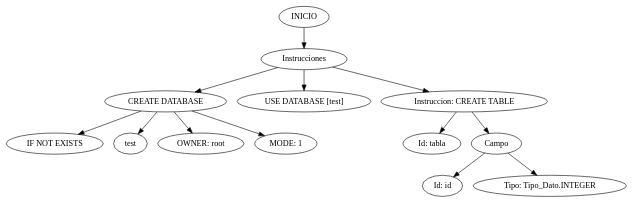
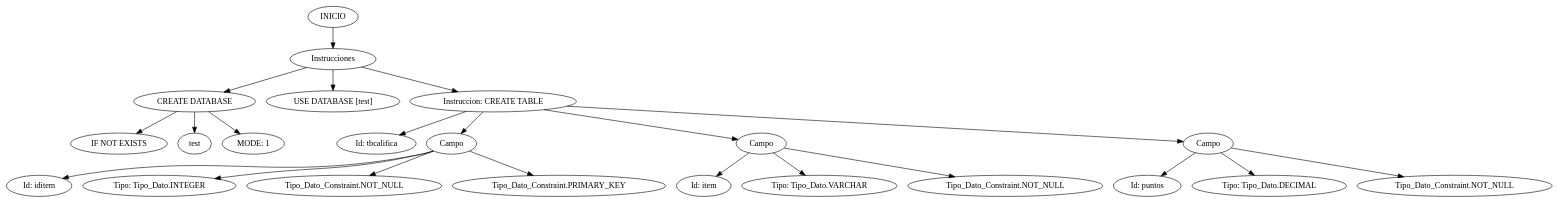
One commit to tytusdb/tytusdb changed the diagram in parser/fase2/team22/AST.dot. Above: the diagram before and after it, drawn with Graphviz. The commit also changed 4 other files, not shown here.

```diff
--- a/parser/fase2/team22/AST.dot
+++ b/parser/fase2/team22/AST.dot
@@ -1,28 +1,46 @@
 digraph G{
 edge [color=black]; rankdir = TB;
 Nodo0[label="INICIO"]
 Nodo1[label="Instrucciones"]
 Nodo0 -> Nodo1;
 Nodo2[label="CREATE DATABASE"]
 Nodo1 -> Nodo2;
 Nodo3[label="IF NOT EXISTS"]
 Nodo2 -> Nodo3;
 Nodo4[label="test"]
 Nodo2 -> Nodo4;
-Nodo5[label="OWNER: root"]
+Nodo5[label="MODE: 1"]
 Nodo2 -> Nodo5;
-Nodo6[label="MODE: 1"]
-Nodo2 -> Nodo6;
-Nodo12[label="USE DATABASE [test]"]
-Nodo1 -> Nodo12;
-Nodo13[label="Instruccion: CREATE TABLE"]
-Nodo1 -> Nodo13;
-Nodo14[label="Id: tabla"]
+Nodo10[label="USE DATABASE [test]"]
+Nodo1 -> Nodo10;
+Nodo11[label="Instruccion: CREATE TABLE"]
+Nodo1 -> Nodo11;
+Nodo12[label="Id: tbcalifica"]
+Nodo11 -> Nodo12;
+Nodo13[label="Campo"]
+Nodo11 -> Nodo13;
+Nodo14[label="Id: iditem"]
 Nodo13 -> Nodo14;
-Nodo15[label="Campo"]
+Nodo15[label="Tipo: Tipo_Dato.INTEGER"]
 Nodo13 -> Nodo15;
-Nodo16[label="Id: id"]
-Nodo15 -> Nodo16;
-Nodo17[label="Tipo: Tipo_Dato.INTEGER"]
-Nodo15 -> Nodo17;
+Nodo16[label="Tipo_Dato_Constraint.NOT_NULL"]
+Nodo13 -> Nodo16;
+Nodo17[label="Tipo_Dato_Constraint.PRIMARY_KEY"]
+Nodo13 -> Nodo17;
+Nodo18[label="Campo"]
+Nodo11 -> Nodo18;
+Nodo19[label="Id: item"]
+Nodo18 -> Nodo19;
+Nodo20[label="Tipo: Tipo_Dato.VARCHAR"]
+Nodo18 -> Nodo20;
+Nodo21[label="Tipo_Dato_Constraint.NOT_NULL"]
+Nodo18 -> Nodo21;
+Nodo22[label="Campo"]
+Nodo11 -> Nodo22;
+Nodo23[label="Id: puntos"]
+Nodo22 -> Nodo23;
+Nodo24[label="Tipo: Tipo_Dato.DECIMAL"]
+Nodo22 -> Nodo24;
+Nodo25[label="Tipo_Dato_Constraint.NOT_NULL"]
+Nodo22 -> Nodo25;
 }
```
